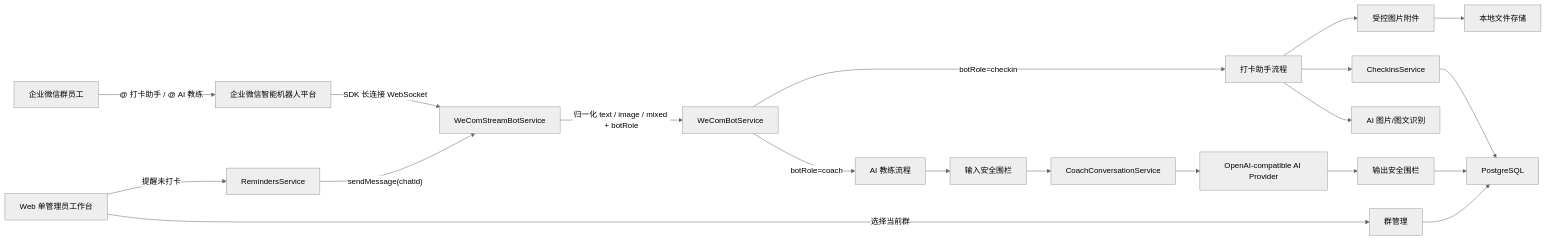
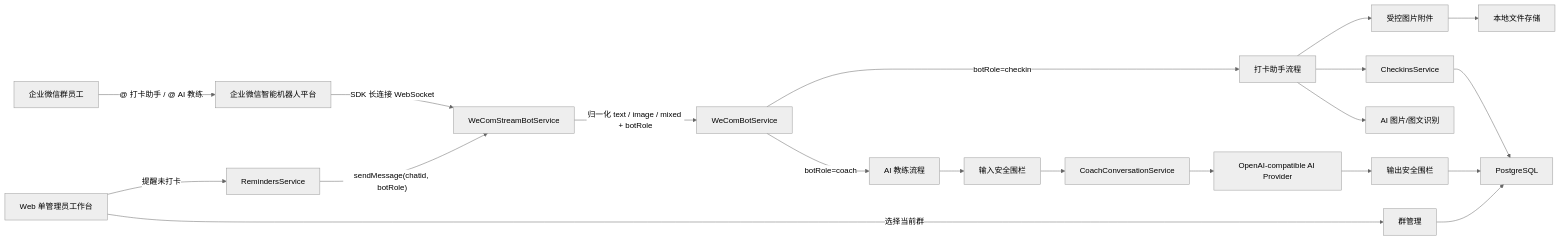
One commit to RossiLc/Project-AI-Fitness-Coach changed the first of 7 diagrams in docs/知识库/机器人架构与流程图.md. Above: the diagram before and after it, drawn with Mermaid (neutral theme). The commit also changed other lines of this file and 51 other files, not shown here.

````diff
--- a/docs/知识库/机器人架构与流程图.md
+++ b/docs/知识库/机器人架构与流程图.md
@@ -7,26 +7,26 @@
 ```mermaid
 flowchart LR
   Employee["企业微信群员工"] -->|"@ 打卡助手 / @ AI 教练"| WeCom["企业微信智能机器人平台"]
   WeCom -->|"SDK 长连接 WebSocket"| Stream["WeComStreamBotService"]
   Stream -->|"归一化 text / image / mixed + botRole"| Bot["WeComBotService"]
 
   Bot -->|"botRole=checkin"| CheckinFlow["打卡助手流程"]
   Bot -->|"botRole=coach"| CoachFlow["AI 教练流程"]
 
   CheckinFlow --> Attachments["受控图片附件"]
   CheckinFlow --> Checkins["CheckinsService"]
   CheckinFlow --> AiVision["AI 图片/图文识别"]
   Checkins --> DB["PostgreSQL"]
   Attachments --> Storage["本地文件存储"]
 
   CoachFlow --> GuardrailIn["输入安全围栏"]
   GuardrailIn --> Conversation["CoachConversationService"]
   Conversation --> AiProvider["OpenAI-compatible AI Provider"]
   AiProvider --> GuardrailOut["输出安全围栏"]
   GuardrailOut --> DB
 
   Admin["Web 单管理员工作台"] -->|"选择当前群"| Groups["群管理"]
   Groups --> DB
   Admin -->|"提醒未打卡"| Reminder["RemindersService"]
-  Reminder -->|"sendMessage(chatid)"| Stream
+  Reminder -->|"sendMessage(chatid, botRole)"| Stream
 ```
````
